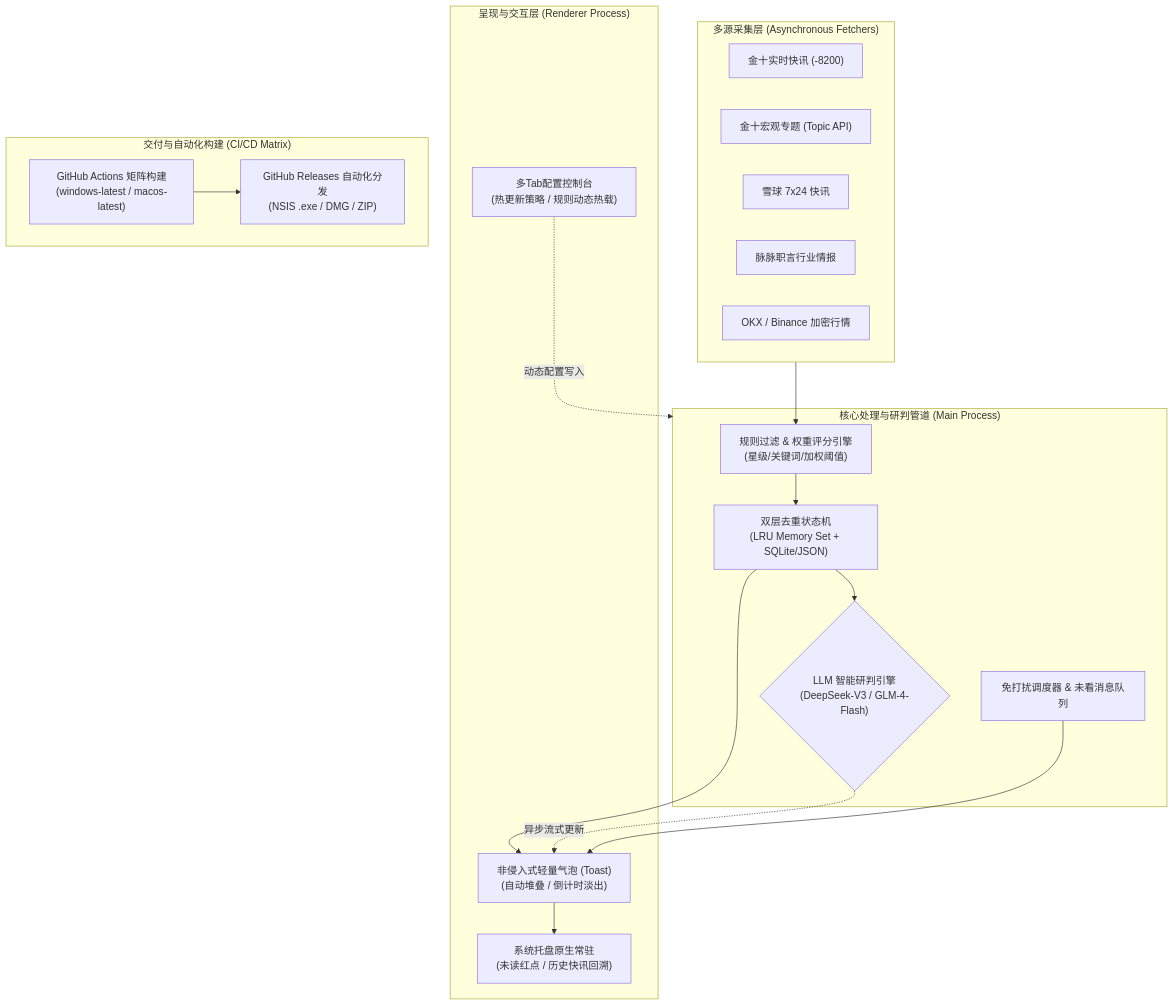
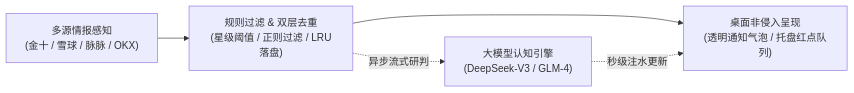
Before and after one commit to dengwka/kuaixuntong: the diagram in README.md, drawn with Mermaid. The commit also changed other lines of this file and 2 other files, not shown here.

````diff
--- a/README.md
+++ b/README.md
@@ -23,38 +26,7 @@
 ```mermaid
-flowchart TD
-    subgraph Data_Ingestion ["多源采集层 (Asynchronous Fetchers)"]
-        J1["金十实时快讯 (-8200)"]
-        J2["金十宏观专题 (Topic API)"]
-        XQ["雪球 7x24 快讯"]
-        MM["脉脉职言行业情报"]
-        CP["OKX / Binance 加密行情"]
-    end
-
-    subgraph Core_Engine ["核心处理与研判管道 (Main Process)"]
-        Filter["规则过滤 & 权重评分引擎<br/>(星级/关键词/加权阈值)"]
-        Dedupe["双层去重状态机<br/>(LRU Memory Set + SQLite/JSON)"]
-        AI_Pipe{"LLM 智能研判引擎<br/>(DeepSeek-V3 / GLM-4-Flash)"}
-        Scheduler["免打扰调度器 & 未看消息队列"]
-    end
-
-    subgraph Presentation ["呈现与交互层 (Renderer Process)"]
-        Toast["非侵入式轻量气泡 (Toast)<br/>(自动堆叠 / 倒计时淡出)"]
-        Tray["系统托盘原生常驻<br/>(未读红点 / 历史快讯回溯)"]
-        Settings["多Tab配置控制台<br/>(热更新策略 / 规则动态热载)"]
-    end
-
-    subgraph CI_CD ["交付与自动化构建 (CI/CD Matrix)"]
-        GH_Actions["GitHub Actions 矩阵构建<br/>(windows-latest / macos-latest)"]
-        Release["GitHub Releases 自动化分发<br/>(NSIS .exe / DMG / ZIP)"]
-    end
-
-    Data_Ingestion --> Filter
-    Filter --> Dedupe
-    Dedupe --> AI_Pipe
-    Dedupe --> Toast
-    AI_Pipe -.->|异步流式更新| Toast
-    Toast --> Tray
-    Scheduler --> Toast
-    Settings -.->|动态配置写入| Core_Engine
-    GH_Actions --> Release
+flowchart LR
+    A["多源情报感知<br/>(金十 / 雪球 / 脉脉 / OKX)"] --> B["规则过滤 & 双层去重<br/>(星级阈值 / 正则过滤 / LRU落盘)"]
+    B --> C["桌面非侵入呈现<br/>(透明通知气泡 / 托盘红点队列)"]
+    B -.->|异步流式研判| D["大模型认知引擎<br/>(DeepSeek-V3 / GLM-4)"]
+    D -.->|秒级注水更新| C
 ```
````
